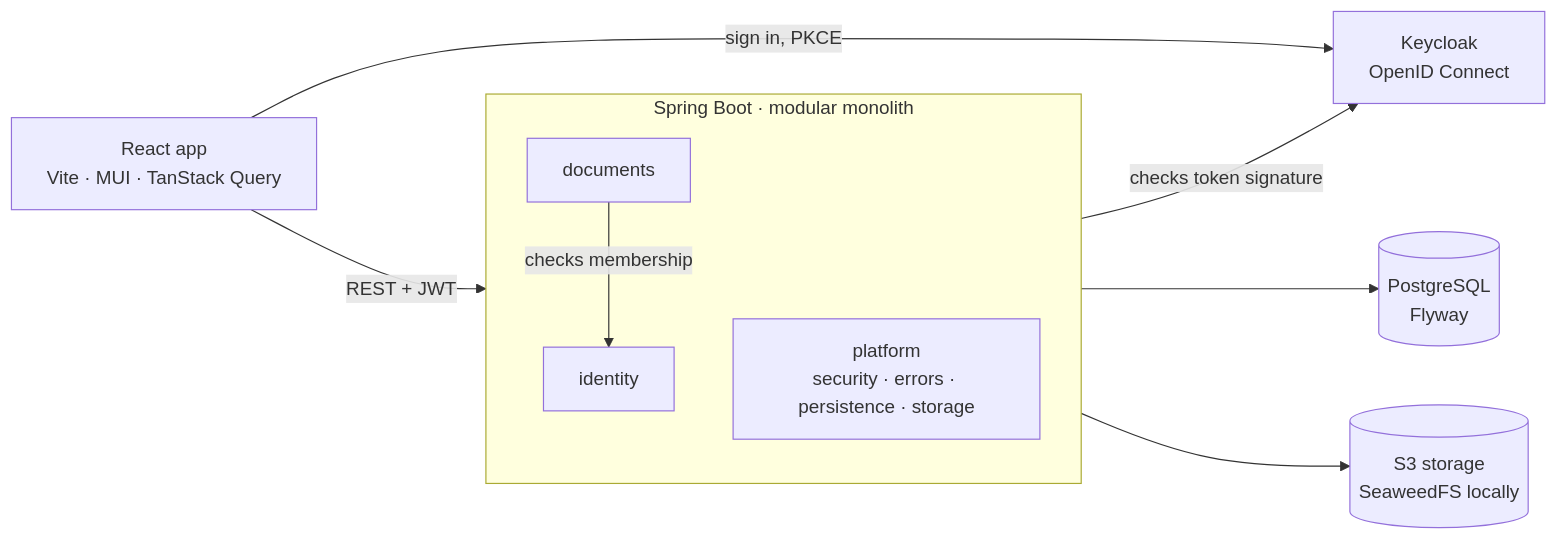
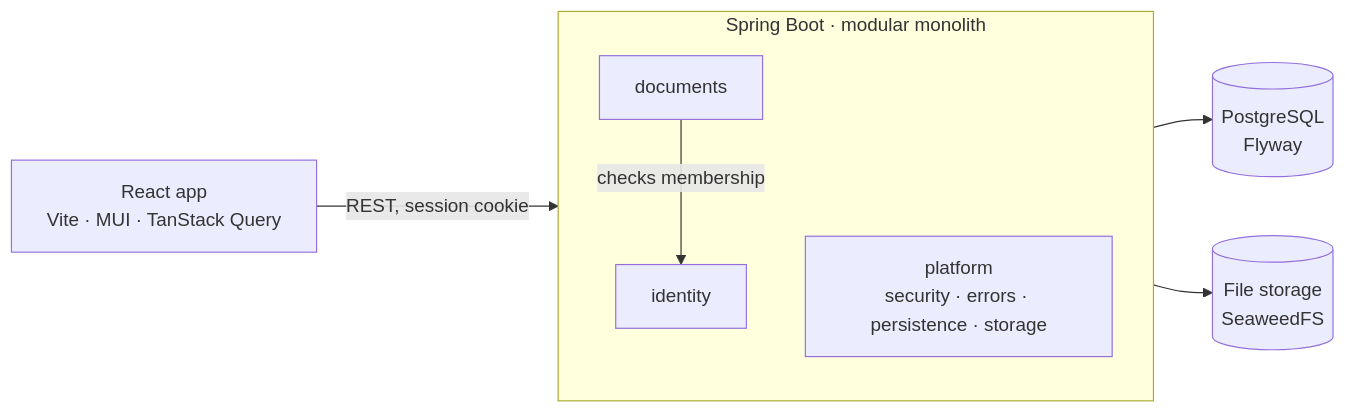
One commit to edisban/Tameio changed the diagram in README.md. Above: the diagram before and after it, drawn with Mermaid. The commit also changed other lines of this file and 69 other files, not shown here.

````diff
--- a/README.md
+++ b/README.md
@@ -31,19 +30,16 @@
 ```mermaid
 flowchart LR
     browser[React app<br/>Vite · MUI · TanStack Query]
-    keycloak[Keycloak<br/>OpenID Connect]
     subgraph api[Spring Boot · modular monolith]
         identity[identity]
         documents[documents]
         platform[platform<br/>security · errors · persistence · storage]
     end
     db[(PostgreSQL<br/>Flyway)]
-    s3[(S3 storage<br/>SeaweedFS locally)]
+    s3[(File storage<br/>SeaweedFS)]
 
-    browser -- sign in, PKCE --> keycloak
-    browser -- REST + JWT --> api
-    api -- checks token signature --> keycloak
+    browser -- REST, session cookie --> api
     api --> db
     api --> s3
     documents -- checks membership --> identity
 ```
````
